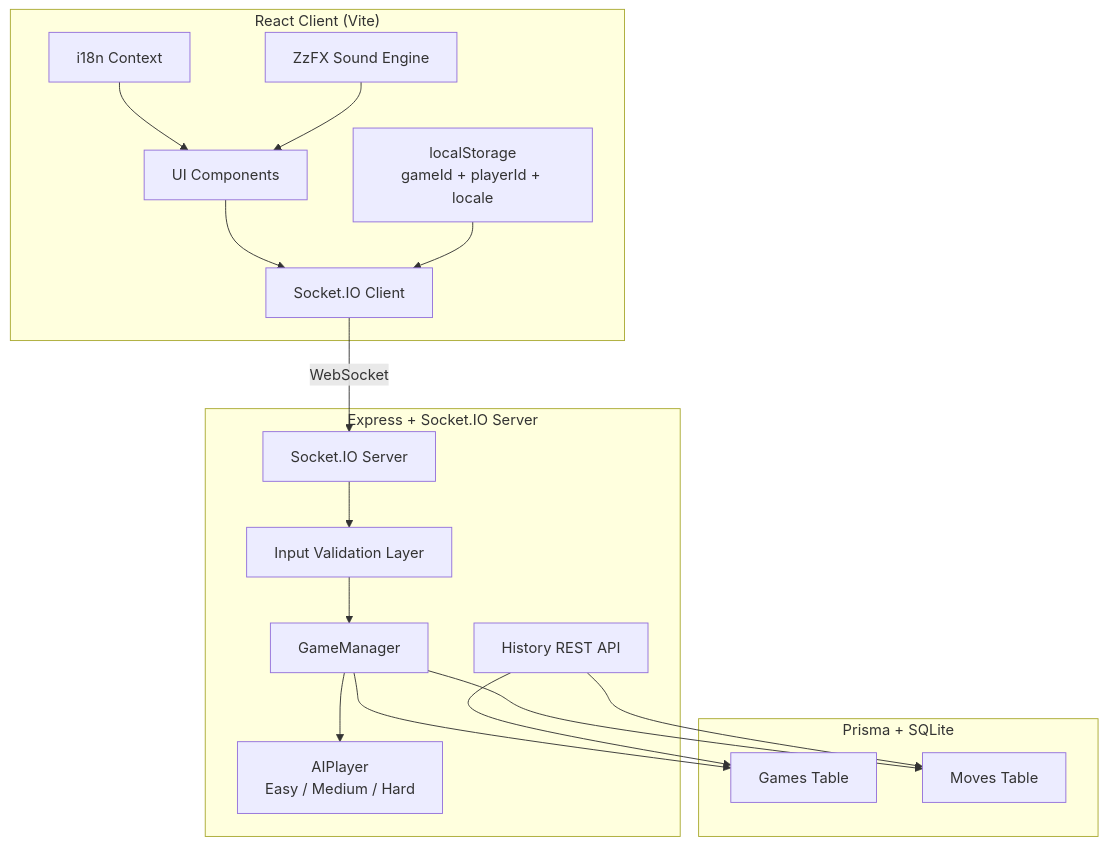
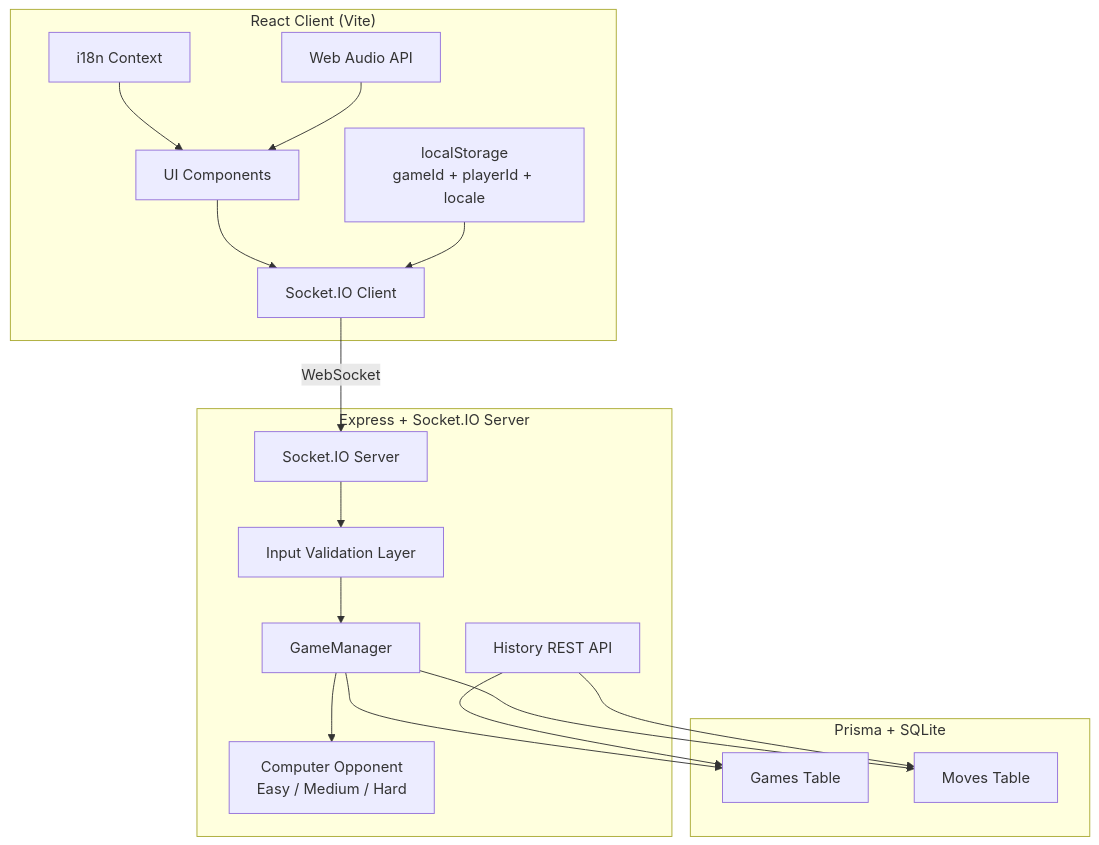
One commit to RachMKim/sentience_battleship changed the first of 3 diagrams in WRITEUP.md. Above: the diagram before and after it, drawn with Mermaid. The commit also changed other lines of this file and 1 other file, not shown here.

````diff
--- a/WRITEUP.md
+++ b/WRITEUP.md
@@ -36,36 +55,36 @@
 ```mermaid
 graph TB
     subgraph Client ["React Client (Vite)"]
         UI[UI Components]
         I18N[i18n Context]
-        SFX[ZzFX Sound Engine]
+        SFX[Web Audio API]
         SOCK_C[Socket.IO Client]
         LS[localStorage<br/>gameId + playerId + locale]
     end
 
     subgraph Server ["Express + Socket.IO Server"]
         SOCK_S[Socket.IO Server]
         GM[GameManager]
-        AI[AIPlayer<br/>Easy / Medium / Hard]
+        COMP[Computer Opponent<br/>Easy / Medium / Hard]
         VAL[Input Validation Layer]
         HIST[History REST API]
     end
 
     subgraph DB ["Prisma + SQLite"]
         GAMES[Games Table]
         MOVES[Moves Table]
     end
 
     UI --> SOCK_C
     SOCK_C -->|WebSocket| SOCK_S
     SOCK_S --> VAL
     VAL --> GM
-    GM --> AI
+    GM --> COMP
     GM --> GAMES
     GM --> MOVES
     HIST --> GAMES
     HIST --> MOVES
     I18N --> UI
     SFX --> UI
     LS --> SOCK_C
 ```
````
